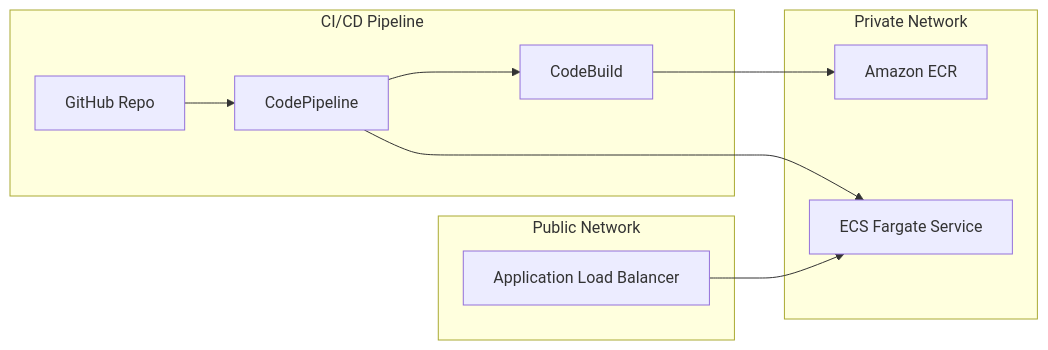
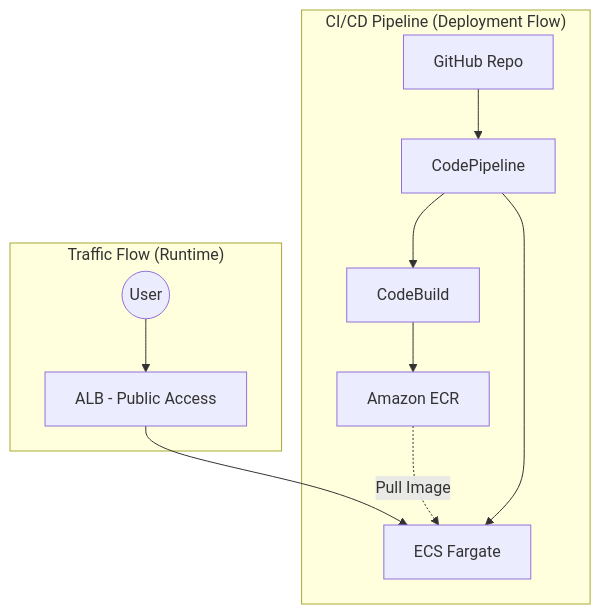
Before and after one commit to FaisalT0435/TTHT---AWS-DevSecops: the diagram in README.md, drawn with Mermaid.

````diff
--- a/README.md
+++ b/README.md
@@ -9,17 +9,16 @@
 ```mermaid
-graph LR
-    subgraph "Public Network"
-        ALB[Application Load Balancer]
-    end
-    subgraph "Private Network"
-        ECS[ECS Fargate Service]
-        ECR[Amazon ECR]
-    end
-    subgraph "CI/CD Pipeline"
+graph TD
+    subgraph "CI/CD Pipeline (Deployment Flow)"
         GH[GitHub Repo] --> CP[CodePipeline]
         CP --> CB[CodeBuild]
-        CB --> ECR
-        CP --> ECS
+        CB --> ECR[Amazon ECR]
+        CP --> ECS[ECS Fargate]
     end
-    ALB --> ECS
+
+    subgraph "Traffic Flow (Runtime)"
+        User((User)) --> ALB[ALB - Public Access]
+        ALB --> ECS
+    end
+
+    ECR -.->|Pull Image| ECS
 ```
````
